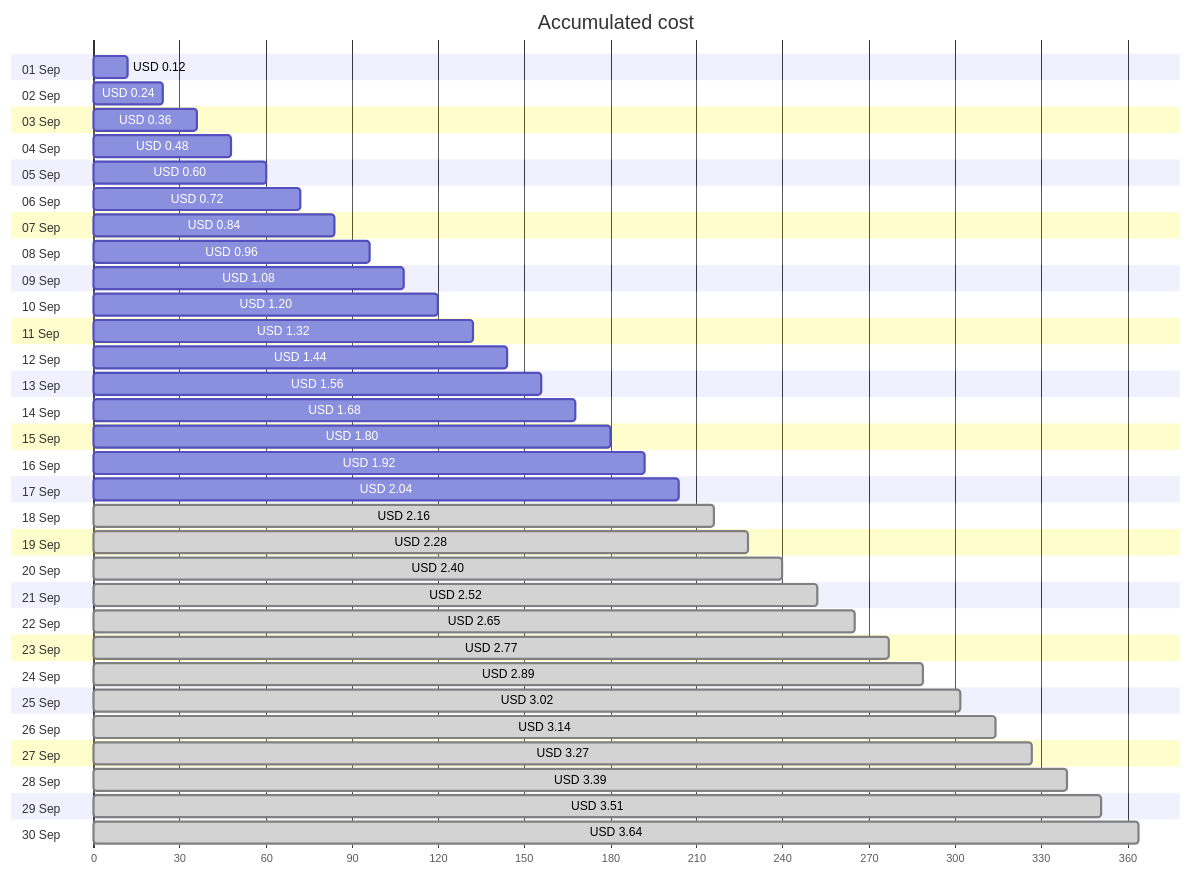
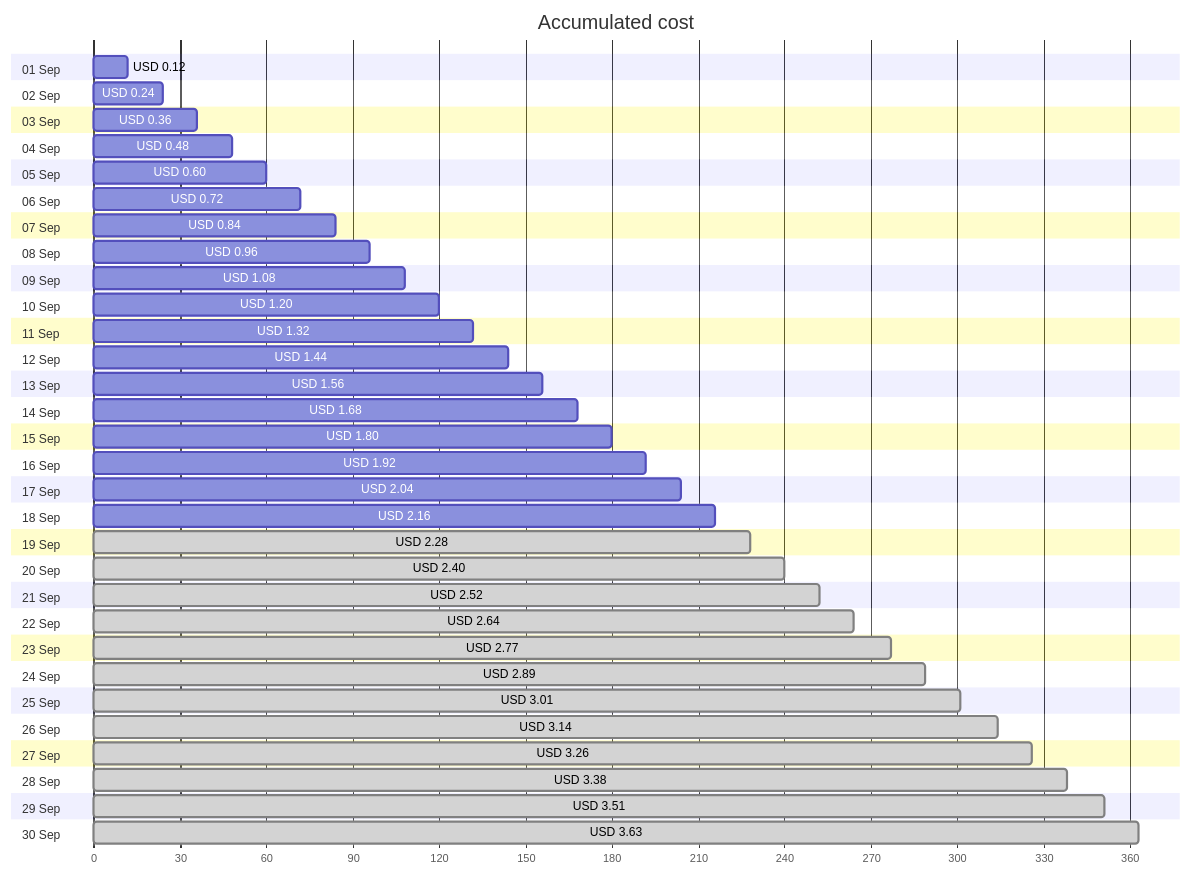
One commit to jpfulton/azure-personal-reports changed the first of 4 diagrams in cost-reports/personal-network/linux-dev-public-ip.md. Above: the diagram before and after it, drawn with Mermaid. The commit also changed other lines of this file and 17 other files, not shown here.

````diff
--- a/cost-reports/personal-network/linux-dev-public-ip.md
+++ b/cost-reports/personal-network/linux-dev-public-ip.md
@@ -20,66 +20,66 @@
 ```mermaid
 gantt
    title Accumulated cost
    dateFormat  X
    axisFormat %s
    section 01 Sep
    USD 0.12 :0, 12
    section 02 Sep
    USD 0.24 :0, 24
    section 03 Sep
    USD 0.36 :0, 36
    section 04 Sep
    USD 0.48 :0, 48
    section 05 Sep
    USD 0.60 :0, 60
    section 06 Sep
    USD 0.72 :0, 72
    section 07 Sep
    USD 0.84 :0, 84
    section 08 Sep
    USD 0.96 :0, 96
    section 09 Sep
    USD 1.08 :0, 108
    section 10 Sep
    USD 1.20 :0, 120
    section 11 Sep
    USD 1.32 :0, 132
    section 12 Sep
    USD 1.44 :0, 144
    section 13 Sep
    USD 1.56 :0, 156
    section 14 Sep
    USD 1.68 :0, 168
    section 15 Sep
    USD 1.80 :0, 180
    section 16 Sep
    USD 1.92 :0, 192
    section 17 Sep
    USD 2.04 :0, 204
    section 18 Sep
-   USD 2.16 : done, 0, 216
+   USD 2.16 :0, 216
    section 19 Sep
    USD 2.28 : done, 0, 228
    section 20 Sep
    USD 2.40 : done, 0, 240
    section 21 Sep
    USD 2.52 : done, 0, 252
    section 22 Sep
-   USD 2.65 : done, 0, 265
+   USD 2.64 : done, 0, 264
    section 23 Sep
    USD 2.77 : done, 0, 277
    section 24 Sep
    USD 2.89 : done, 0, 289
    section 25 Sep
-   USD 3.02 : done, 0, 302
+   USD 3.01 : done, 0, 301
    section 26 Sep
    USD 3.14 : done, 0, 314
    section 27 Sep
-   USD 3.27 : done, 0, 327
+   USD 3.26 : done, 0, 326
    section 28 Sep
-   USD 3.39 : done, 0, 339
+   USD 3.38 : done, 0, 338
    section 29 Sep
    USD 3.51 : done, 0, 351
    section 30 Sep
-   USD 3.64 : done, 0, 364
+   USD 3.63 : done, 0, 363
 ```
````
